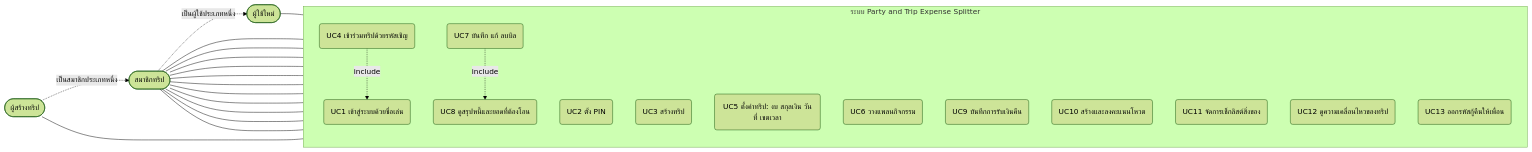
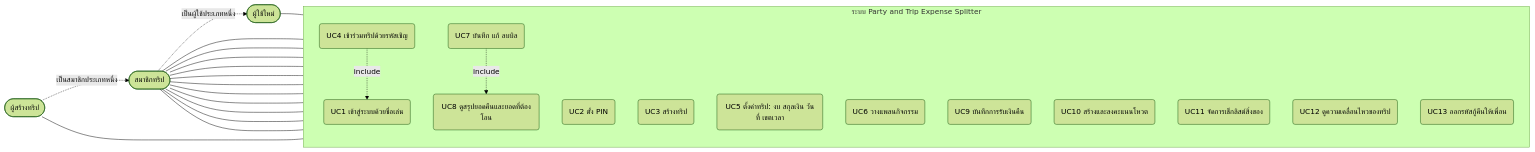
One commit to txark/Trip_Spitter changed the diagram in doc/diagrams/01-use-case.md. Above: the diagram before and after it, drawn with Mermaid (forest theme). The commit also changed other lines of this file and 6 other files, not shown here.

Commit message:
docs: update diagrams and test report for smallest-first repayment and latest-only undo

````diff
--- a/doc/diagrams/01-use-case.md
+++ b/doc/diagrams/01-use-case.md
@@ -8,41 +8,41 @@
 ```mermaid
 flowchart LR
     Guest(["ผู้ใช้ใหม่"])
     Member(["สมาชิกทริป"])
     Admin(["ผู้สร้างทริป"])
     Member -. "เป็นผู้ใช้ประเภทหนึ่ง" .-> Guest
     Admin -. "เป็นสมาชิกประเภทหนึ่ง" .-> Member
 
     subgraph SYS["ระบบ Party and Trip Expense Splitter"]
         direction TB
         UC1("UC1 เข้าสู่ระบบด้วยชื่อเล่น")
         UC2("UC2 ตั้ง PIN")
         UC3("UC3 สร้างทริป")
         UC4("UC4 เข้าร่วมทริปด้วยรหัสเชิญ")
         UC5("UC5 ตั้งค่าทริป: งบ สกุลเงิน วันที่ เขตเวลา")
         UC6("UC6 วางแพลนกิจกรรม")
         UC7("UC7 บันทึก แก้ ลบบิล")
-        UC8("UC8 ดูสรุปหนี้และยอดที่ต้องโอน")
+        UC8("UC8 ดูสรุปยอดคืนและยอดที่ต้องโอน")
         UC9("UC9 บันทึกการรับเงินคืน")
         UC10("UC10 สร้างและลงคะแนนโหวต")
         UC11("UC11 จัดการเช็กลิสต์สิ่งของ")
         UC12("UC12 ดูความเคลื่อนไหวของทริป")
         UC13("UC13 ออกรหัสกู้คืนให้เพื่อน")
     end
 
     Guest --- UC1
     Member --- UC2
     Member --- UC4
     Member --- UC3
     Member --- UC5
     Member --- UC6
     Member --- UC7
     Member --- UC8
     Member --- UC9
     Member --- UC10
     Member --- UC11
     Member --- UC12
     Admin --- UC13
     UC7 -. "include" .-> UC8
     UC4 -. "include" .-> UC1
 ```
````
